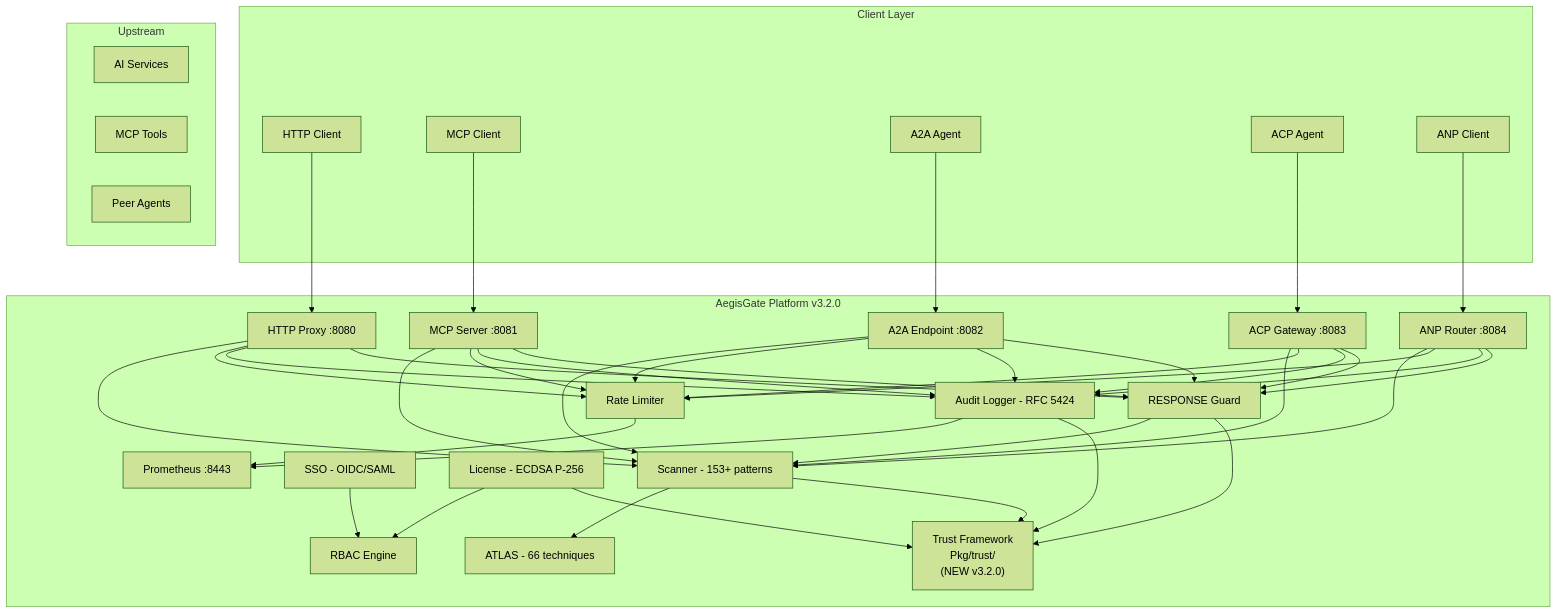
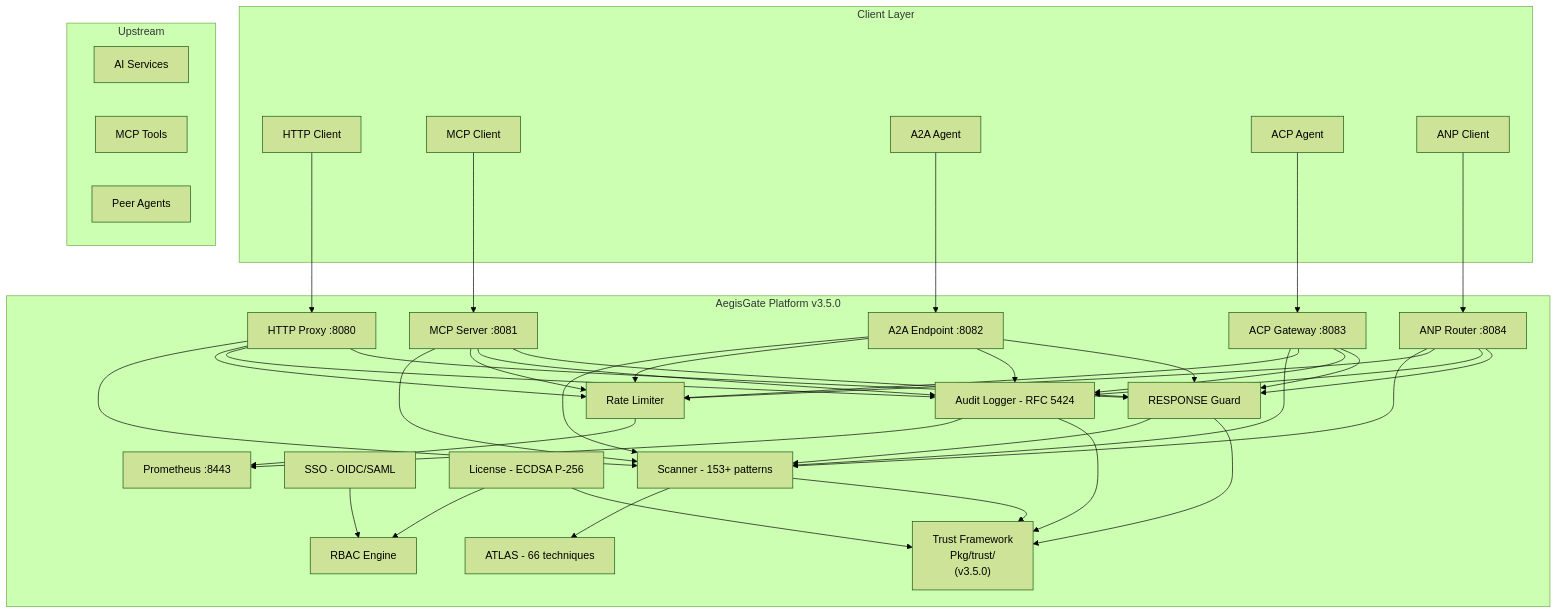
Before and after one commit to aegisgatesecurity/aegisgate-site: the diagram in content/tech.md, drawn with Mermaid (forest theme). The commit also changed other lines of this file and 11 other files, not shown here.

```diff
--- a/content/tech.md
+++ b/content/tech.md
@@ -11,61 +11,61 @@
 {{< mermaid >}}
 flowchart TB
     subgraph Client["Client Layer"]
         A["HTTP Client"]
         B["MCP Client"]
         C["A2A Agent"]
         D["ACP Agent"]
         E["ANP Client"]
     end
 
-    subgraph AegisGate["AegisGate Platform v3.2.0"]
+    subgraph AegisGate["AegisGate Platform v3.5.0"]
         G["HTTP Proxy :8080"]
         H["MCP Server :8081"]
         I["A2A Endpoint :8082"]
         J["ACP Gateway :8083"]
         K["ANP Router :8084"]
         L["RESPONSE Guard"]
-        TR["Trust Framework\nPkg/trust/\n(NEW v3.2.0)"]
+        TR["Trust Framework\nPkg/trust/\n(v3.5.0)"]
 
         M["Scanner - 153+ patterns"]
         N["ATLAS - 66 techniques"]
         O["Rate Limiter"]
         P["Audit Logger - RFC 5424"]
 
         Q["SSO - OIDC/SAML"]
         R["RBAC Engine"]
         S["License - ECDSA P-256"]
 
         T["Prometheus :8443"]
     end
 
     subgraph Upstream["Upstream"]
         U["AI Services"]
         V["MCP Tools"]
         W["Peer Agents"]
     end
 
     A --> G
     B --> H
     C --> I
     D --> J
     E --> K
 
     G --> M & O & P & L
     H --> M & O & P & L
     I --> M & O & P & L
     J --> M & O & P & L
     K --> M & O & P & L
 
     M --> N
     L --> M
     O --> T
     P --> T
     Q --> R
     S --> R
 
     M --> TR
     L --> TR
     P --> TR
     S --> TR
 {{< /mermaid >}}
```
